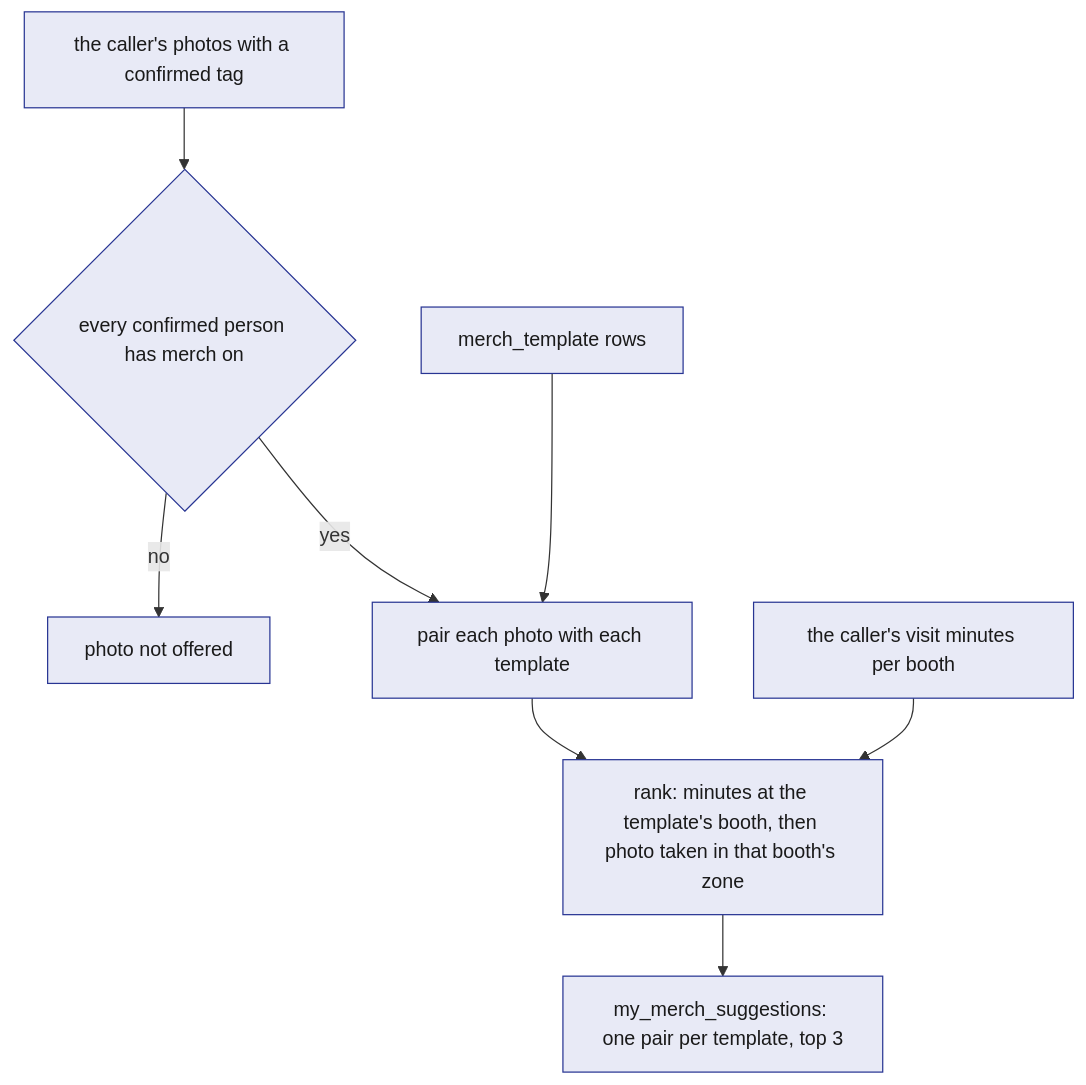
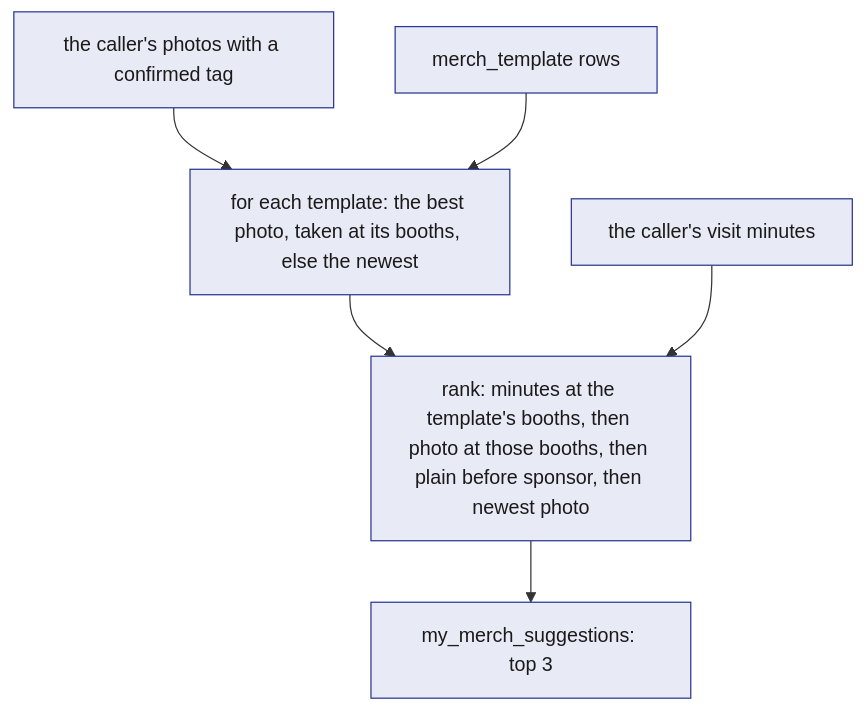
One commit to viktorinkov/cal-hacks-13 changed the first of 3 diagrams in System Design/6-features/Merch.md. Above: the diagram before and after it, drawn with Mermaid. The commit also changed other lines of this file and 21 other files, not shown here.

````diff
--- a/System Design/6-features/Merch.md
+++ b/System Design/6-features/Merch.md
@@ -72,12 +75,10 @@
 ```mermaid
 flowchart TD
-    PH["the caller's photos with a confirmed tag"] --> C1{"every confirmed person has merch on"}
-    C1 -->|"no"| X["photo not offered"]
-    C1 -->|"yes"| PAIR["pair each photo with each template"]
-    T["merch_template rows"] --> PAIR
-    PAIR --> RANK["rank: minutes at the template's booth, then photo taken in that booth's zone"]
-    V["the caller's visit minutes per booth"] --> RANK
-    RANK --> TOP["my_merch_suggestions: one pair per template, top 3"]
+    PH["the caller's photos with a confirmed tag"] --> PICK["for each template: the best photo, taken at its booths, else the newest"]
+    T["merch_template rows"] --> PICK
+    PICK --> RANK["rank: minutes at the template's booths, then photo at those booths, then plain before sponsor, then newest photo"]
+    V["the caller's visit minutes"] --> RANK
+    RANK --> TOP["my_merch_suggestions: top 3"]
     classDef stdb fill:#E8EAF6,stroke:#283593,color:#1A1A1A
-    class PH,C1,X,PAIR,T,RANK,V,TOP stdb
+    class PH,PICK,T,RANK,V,TOP stdb
 ```
````
